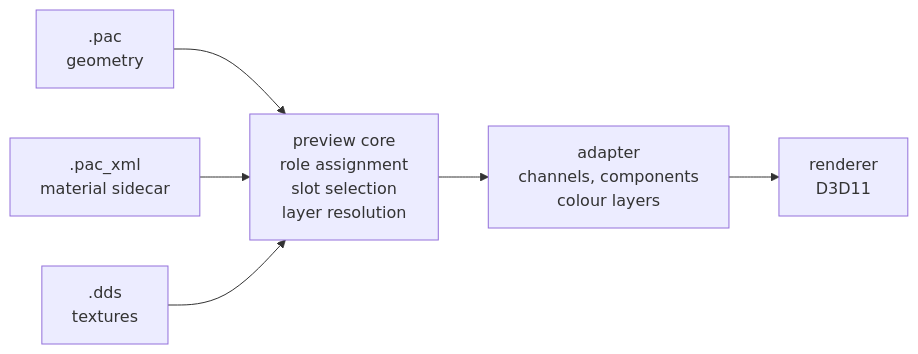
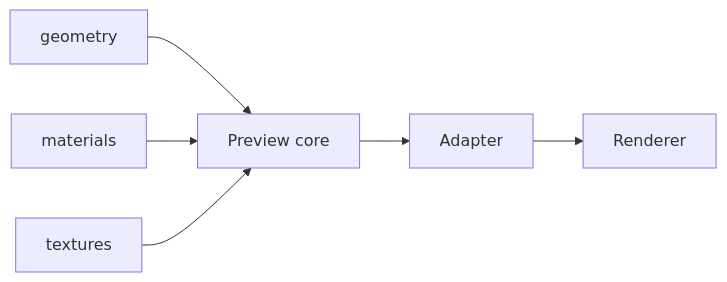
The second of 2 diagrams in README.md (Ratty123/CDMW-Lite), drawn with Mermaid before and after one commit. The commit also changed other lines of this file, not shown here.

First line of the commit message:
Stop the README diagrams clipping their own labels

````diff
--- a/README.md
+++ b/README.md
@@ -95,8 +104,7 @@
 ```mermaid
 flowchart LR
-    PAC[".pac<br/>geometry"] --> P
-    XML[".pac_xml<br/>material sidecar"] --> P
-    DDS[".dds<br/>textures"] --> P
-    P["preview core<br/>role assignment<br/>slot selection<br/>layer resolution"] --> A
-    A["adapter<br/>channels, components<br/>colour layers"] --> R["renderer<br/>D3D11"]
+    PAC["geometry"] --> P["Preview core"]
+    XML["materials"] --> P
+    DDS["textures"] --> P
+    P --> A["Adapter"] --> R["Renderer"]
 ```
````
